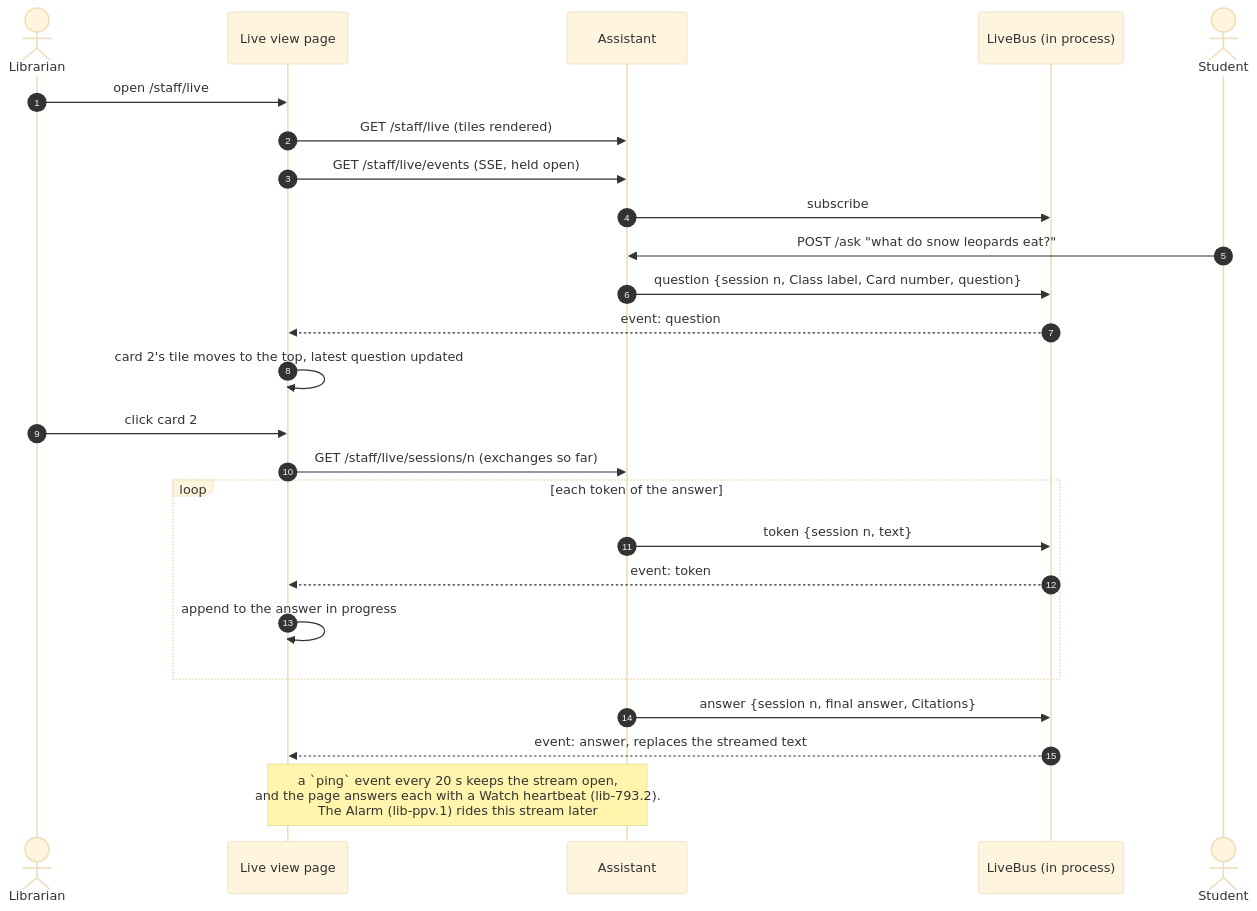
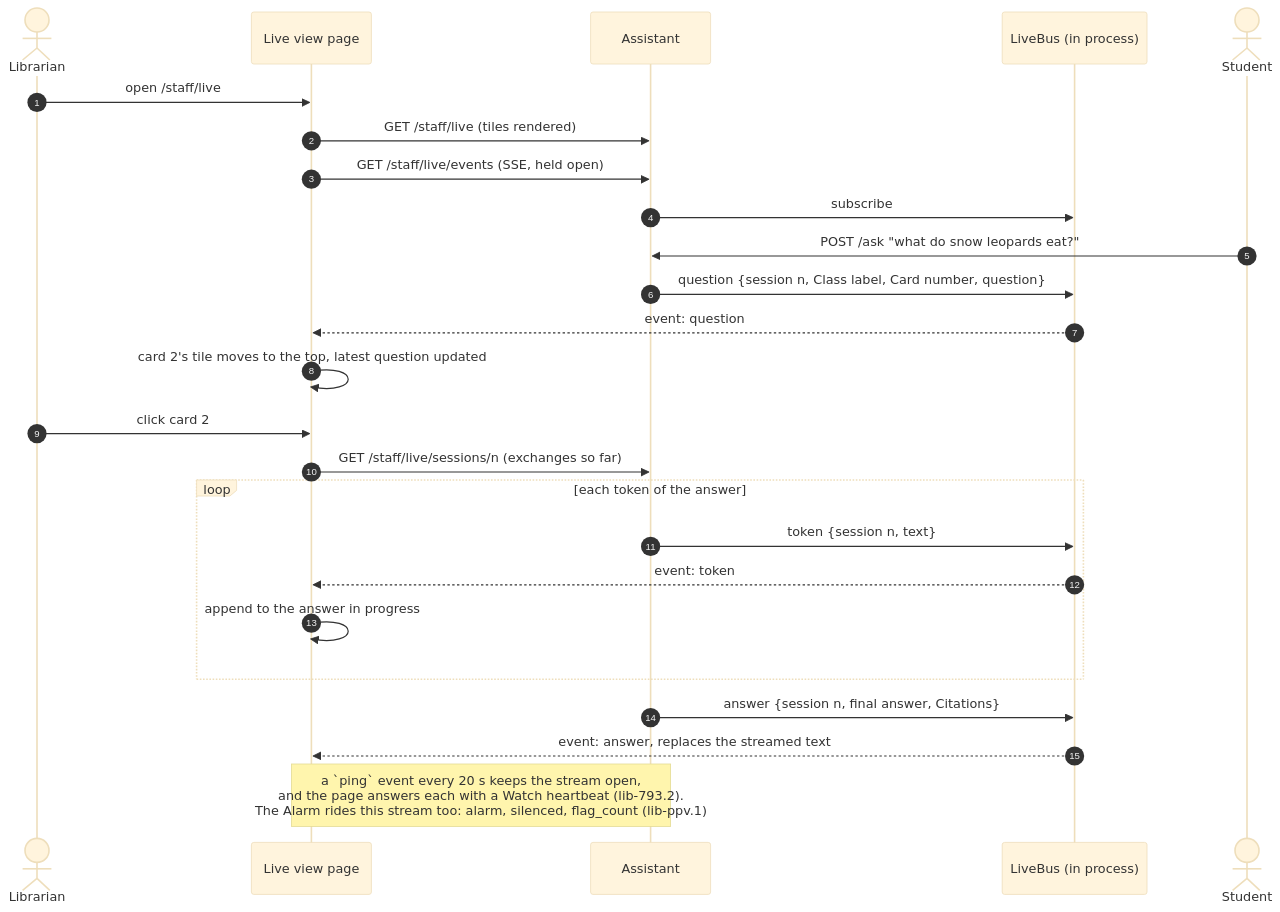
Before and after one commit to imkarrer/library-ai-lab: the second of 3 diagrams in docs/design/live-view.md, drawn with Mermaid (base theme). The commit also changed 15 other files, not shown here.

First line of the commit message:
lib-ppv.1: Alarm on high-severity Flags, Acknowledge, replay, chime (#95)

````diff
--- a/docs/design/live-view.md
+++ b/docs/design/live-view.md
@@ -41,28 +41,28 @@
 ```mermaid
 sequenceDiagram
     autonumber
     actor L as Librarian
     participant LV as Live view page
     participant A as Assistant
     participant Bus as LiveBus (in process)
     actor S as Student
 
     L->>LV: open /staff/live
     LV->>A: GET /staff/live (tiles rendered)
     LV->>A: GET /staff/live/events (SSE, held open)
     A->>Bus: subscribe
     S->>A: POST /ask "what do snow leopards eat?"
     A->>Bus: question {session n, Class label, Card number, question}
     Bus-->>LV: event: question
     LV->>LV: card 2's tile moves to the top, latest question updated
     L->>LV: click card 2
     LV->>A: GET /staff/live/sessions/n (exchanges so far)
     loop each token of the answer
         A->>Bus: token {session n, text}
         Bus-->>LV: event: token
         LV->>LV: append to the answer in progress
     end
     A->>Bus: answer {session n, final answer, Citations}
     Bus-->>LV: event: answer, replaces the streamed text
-    Note over A,LV: a `ping` event every 20 s keeps the stream open,<br/>and the page answers each with a Watch heartbeat (lib-793.2).<br/>The Alarm (lib-ppv.1) rides this stream later
+    Note over A,LV: a `ping` event every 20 s keeps the stream open,<br/>and the page answers each with a Watch heartbeat (lib-793.2).<br/>The Alarm rides this stream too: alarm, silenced, flag_count (lib-ppv.1)
 ```
````
